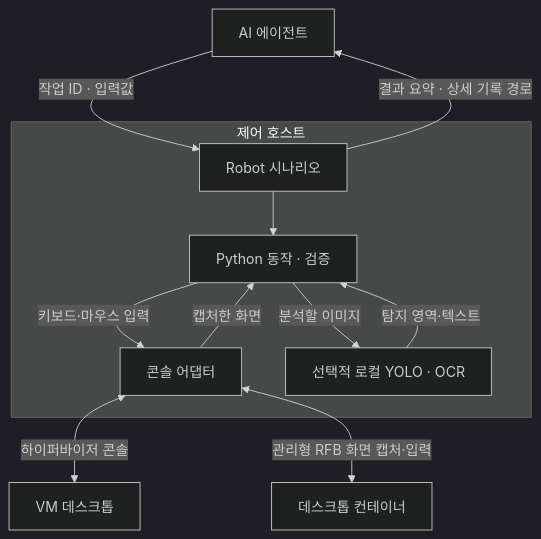
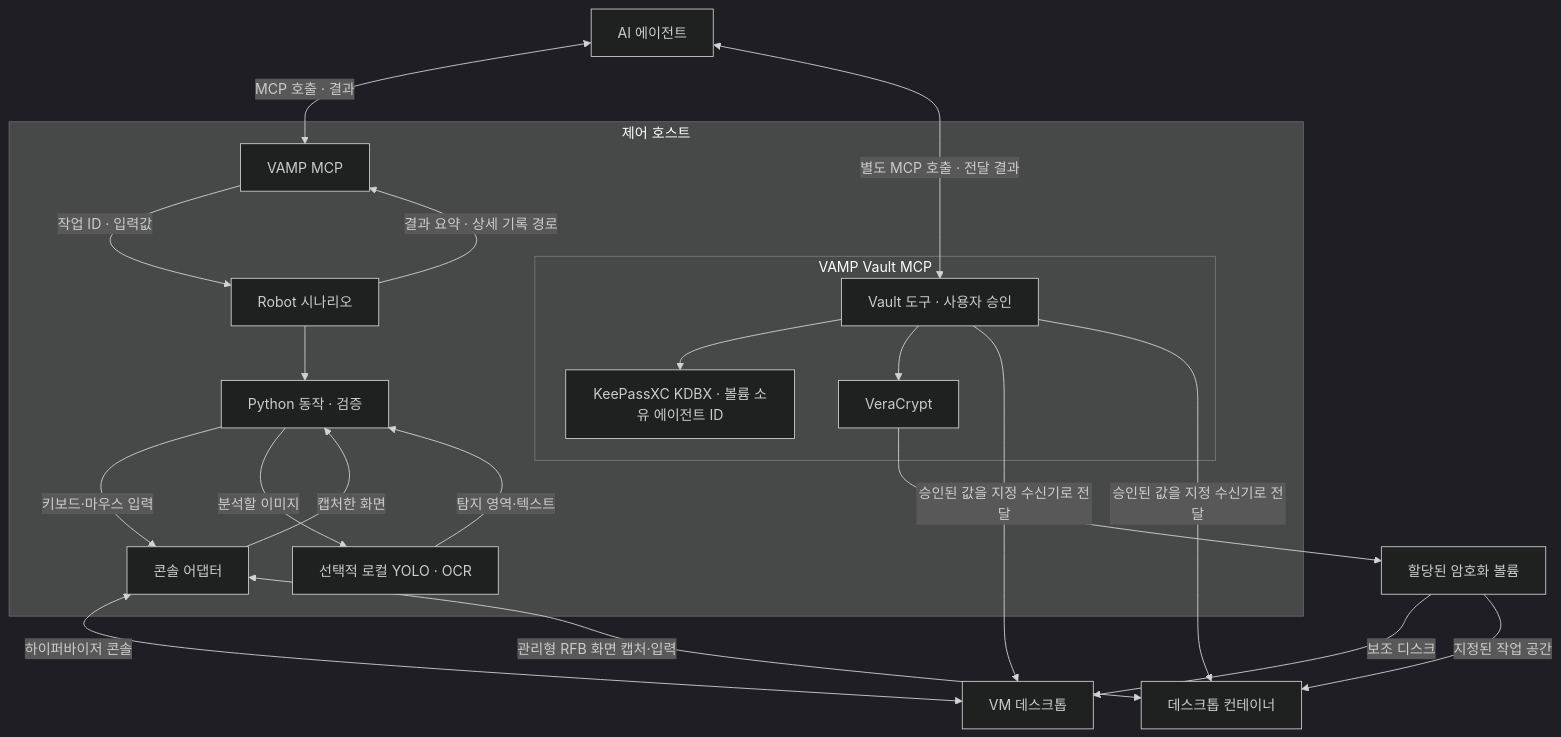
The diagram in docs/MCP_ARCHITECTURE.md (wayfarer6/vamp-mcp), drawn with Mermaid (dark theme) before and after one commit. The commit also changed 14 other files, not shown here.

Commit message:
Record workspace owners in Vault and correct MCP architecture diagrams

````diff
--- a/docs/MCP_ARCHITECTURE.md
+++ b/docs/MCP_ARCHITECTURE.md
@@ -9,21 +9,36 @@
 ```mermaid
 flowchart TB
     A["AI 에이전트"]
     subgraph Host ["제어 호스트"]
+        M["VAMP MCP"]
+        subgraph VaultMCP ["VAMP Vault MCP"]
+            VA["Vault 도구 · 사용자 승인"]
+            K["KeePassXC KDBX · 볼륨 소유 에이전트 ID"]
+            VC["VeraCrypt"]
+            VA --> K
+            VA --> VC
+        end
         R["Robot 시나리오"]
         P["Python 동작 · 검증"]
         B["콘솔 어댑터"]
         O["선택적 로컬 YOLO · OCR"]
         R --> P
         P -->|키보드·마우스 입력| B
         B -->|캡처한 화면| P
         P -->|분석할 이미지| O
         O -->|탐지 영역·텍스트| P
     end
     V["VM 데스크톱"]
     C["데스크톱 컨테이너"]
-    A -->|작업 ID · 입력값| R
-    R -->|결과 요약 · 상세 기록 경로| A
+    A <-->|MCP 호출 · 결과| M
+    A <-->|별도 MCP 호출 · 전달 결과| VA
+    M -->|작업 ID · 입력값| R
+    R -->|결과 요약 · 상세 기록 경로| M
+    VC --> D["할당된 암호화 볼륨"]
+    D -->|보조 디스크| V
+    D -->|지정된 작업 공간| C
+    VA -->|승인된 값을 지정 수신기로 전달| V
+    VA -->|승인된 값을 지정 수신기로 전달| C
     B <-->|하이퍼바이저 콘솔| V
     B <-->|관리형 RFB 화면 캡처·입력| C
 ```
````
